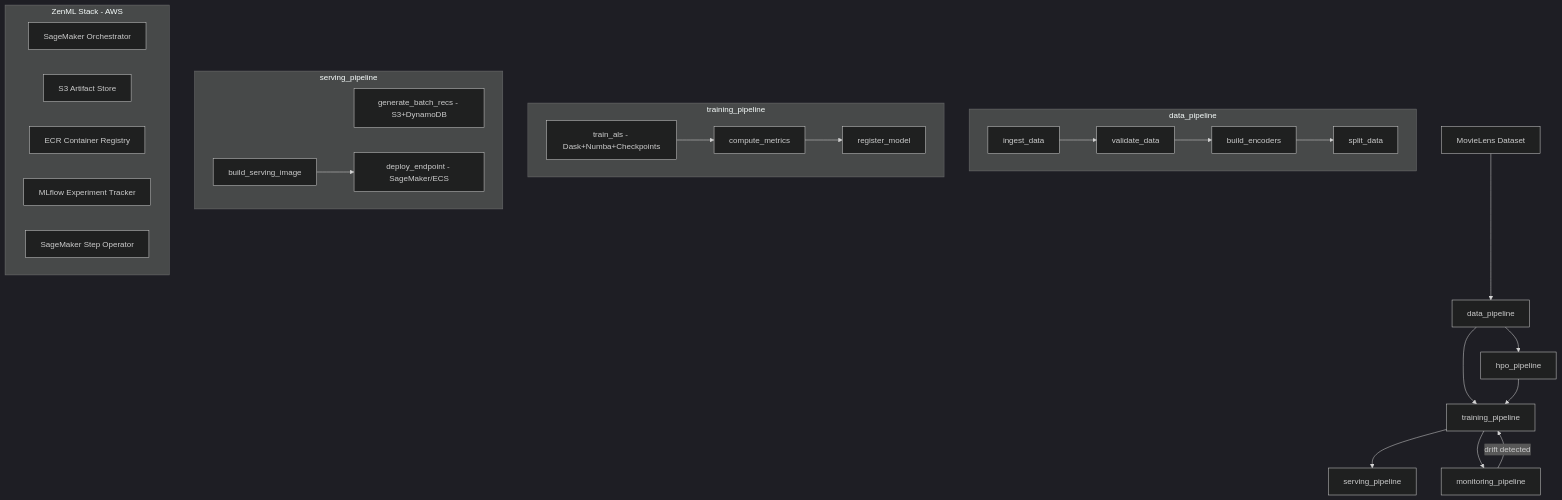
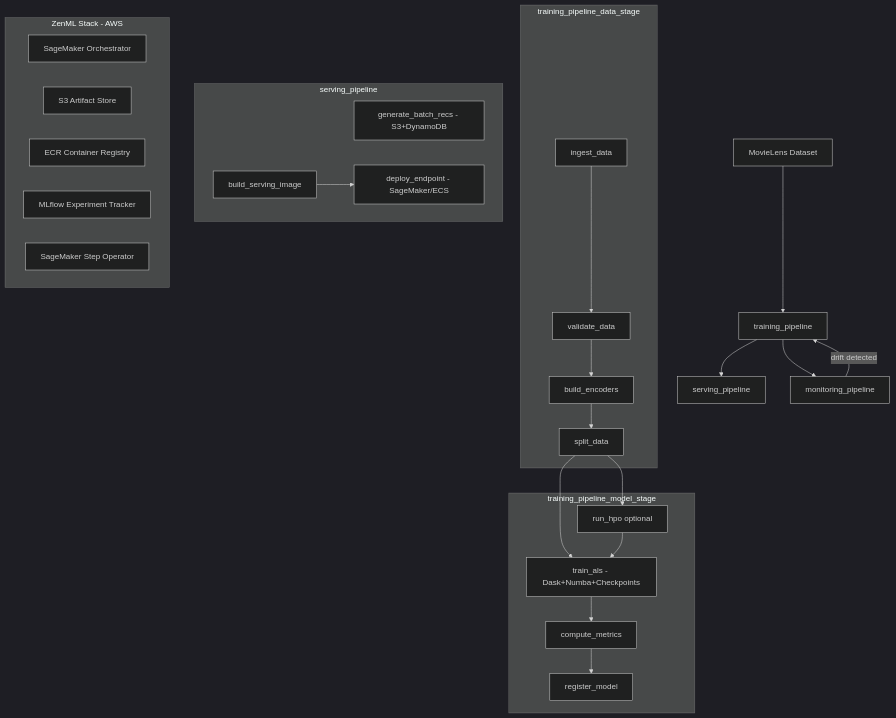
One commit to sagadana/zenml-mlops changed the diagram in .agents/specs/wf_matrix_factorization.md. Above: the diagram before and after it, drawn with Mermaid (dark theme). The commit also changed other lines of this file and 16 other files, not shown here.

````diff
--- a/.agents/specs/wf_matrix_factorization.md
+++ b/.agents/specs/wf_matrix_factorization.md
@@ -29,31 +29,32 @@
 ```mermaid
 graph TD
-    A[MovieLens Dataset] --> B[data_pipeline]
-    B --> C[hpo_pipeline]
-    B --> D[training_pipeline]
-    C --> D
+    A[MovieLens Dataset] --> D[training_pipeline]
     D --> E[serving_pipeline]
     D --> F[monitoring_pipeline]
     F -->|drift detected| D
 
-    subgraph data_pipeline
+    subgraph training_pipeline_data_stage
         B1[ingest_data] --> B2[validate_data] --> B3[build_encoders] --> B4[split_data]
     end
 
-    subgraph training_pipeline
+    subgraph training_pipeline_model_stage
+        C1[run_hpo optional]
         D1[train_als - Dask+Numba+Checkpoints] --> D2[compute_metrics] --> D3[register_model]
     end
+    B4 --> C1
+    B4 --> D1
+    C1 --> D1
 
     subgraph serving_pipeline
         E1[generate_batch_recs - S3+DynamoDB]
         E2[build_serving_image] --> E3[deploy_endpoint - SageMaker/ECS]
     end
 
     subgraph ZenML Stack - AWS
         Z1[SageMaker Orchestrator]
         Z2[S3 Artifact Store]
         Z3[ECR Container Registry]
         Z4[MLflow Experiment Tracker]
         Z5[SageMaker Step Operator]
     end
 ```
````
